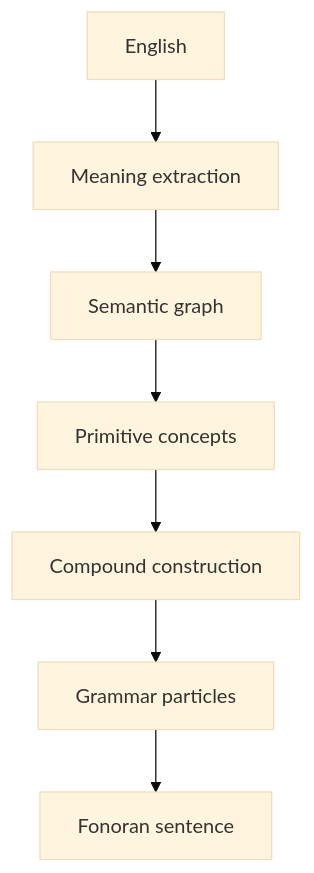
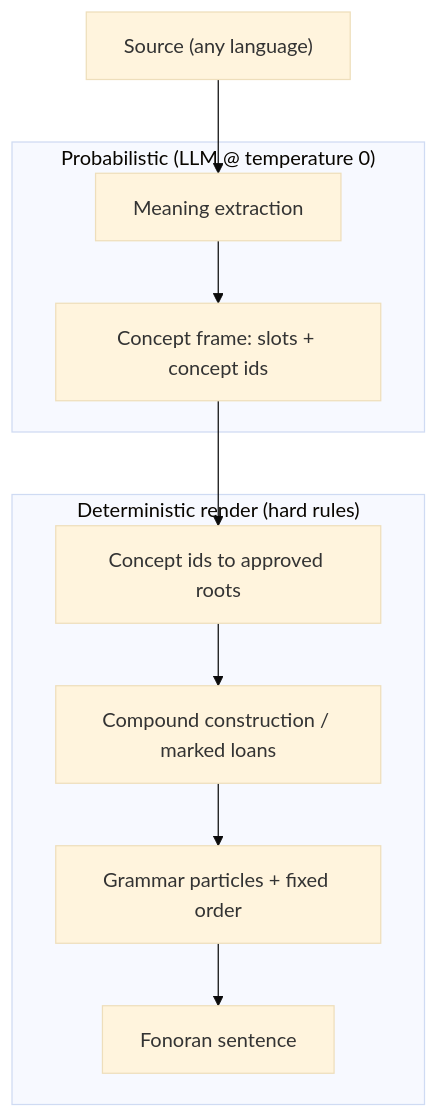
Before and after one commit to Fonora/fonora: the third of 3 diagrams in docs/fonoran-grammar.md, drawn with Mermaid (base theme). The commit also changed other lines of this file and 32 other files, not shown here.

First line of the commit message:
Make LLM translator deterministic and grammar-enforced; polish translate UI

````diff
--- a/docs/fonoran-grammar.md
+++ b/docs/fonoran-grammar.md
@@ -438,11 +440,15 @@
 ```mermaid
 flowchart TD
-  EN["English"]
-  ME["Meaning extraction"]
-  SG["Semantic graph"]
-  PC["Primitive concepts"]
-  CC["Compound construction"]
-  GP["Grammar particles"]
-  FO["Fonoran sentence"]
-  EN --> ME --> SG --> PC --> CC --> GP --> FO
+  SRC["Source (any language)"]
+  subgraph Probabilistic["Probabilistic (LLM @ temperature 0)"]
+    ME["Meaning extraction"]
+    SG["Concept frame: slots + concept ids"]
+  end
+  subgraph Deterministic["Deterministic render (hard rules)"]
+    PC["Concept ids to approved roots"]
+    CC["Compound construction / marked loans"]
+    GP["Grammar particles + fixed order"]
+    FO["Fonoran sentence"]
+  end
+  SRC --> ME --> SG --> PC --> CC --> GP --> FO
 ```
````
